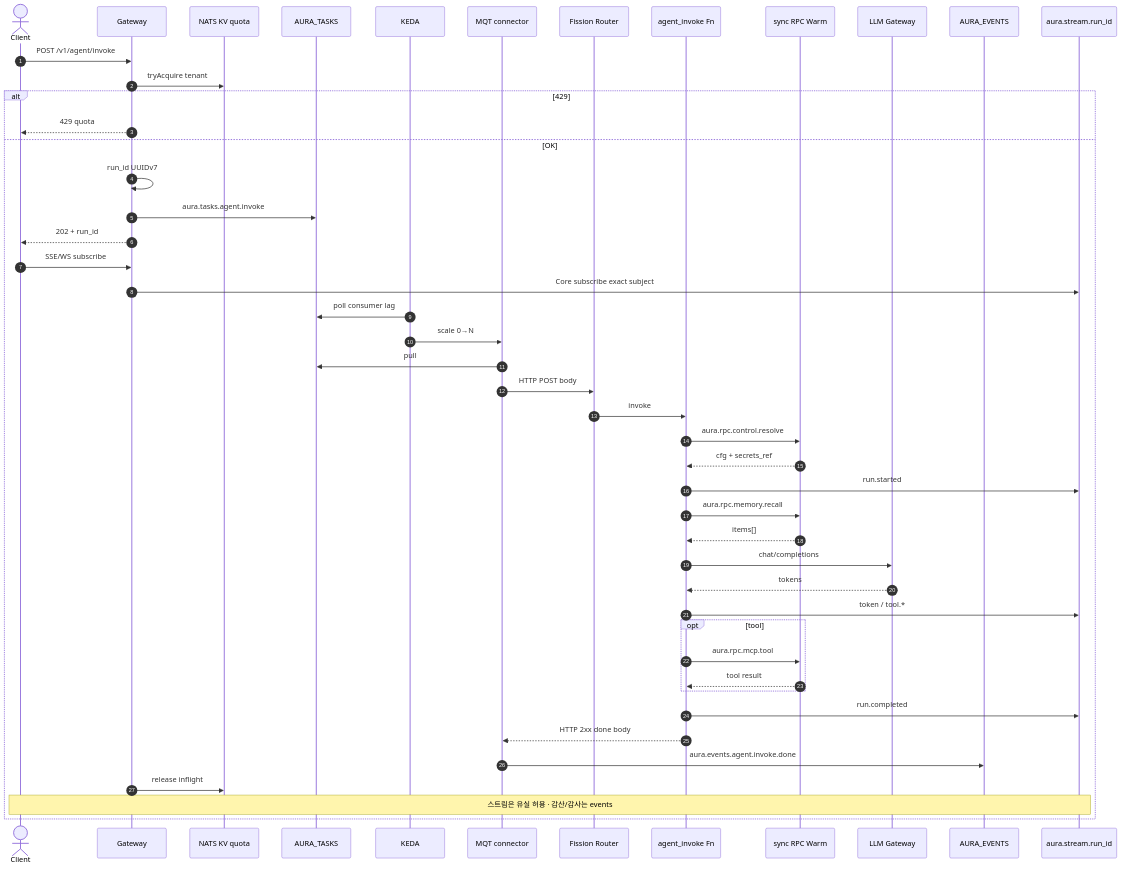
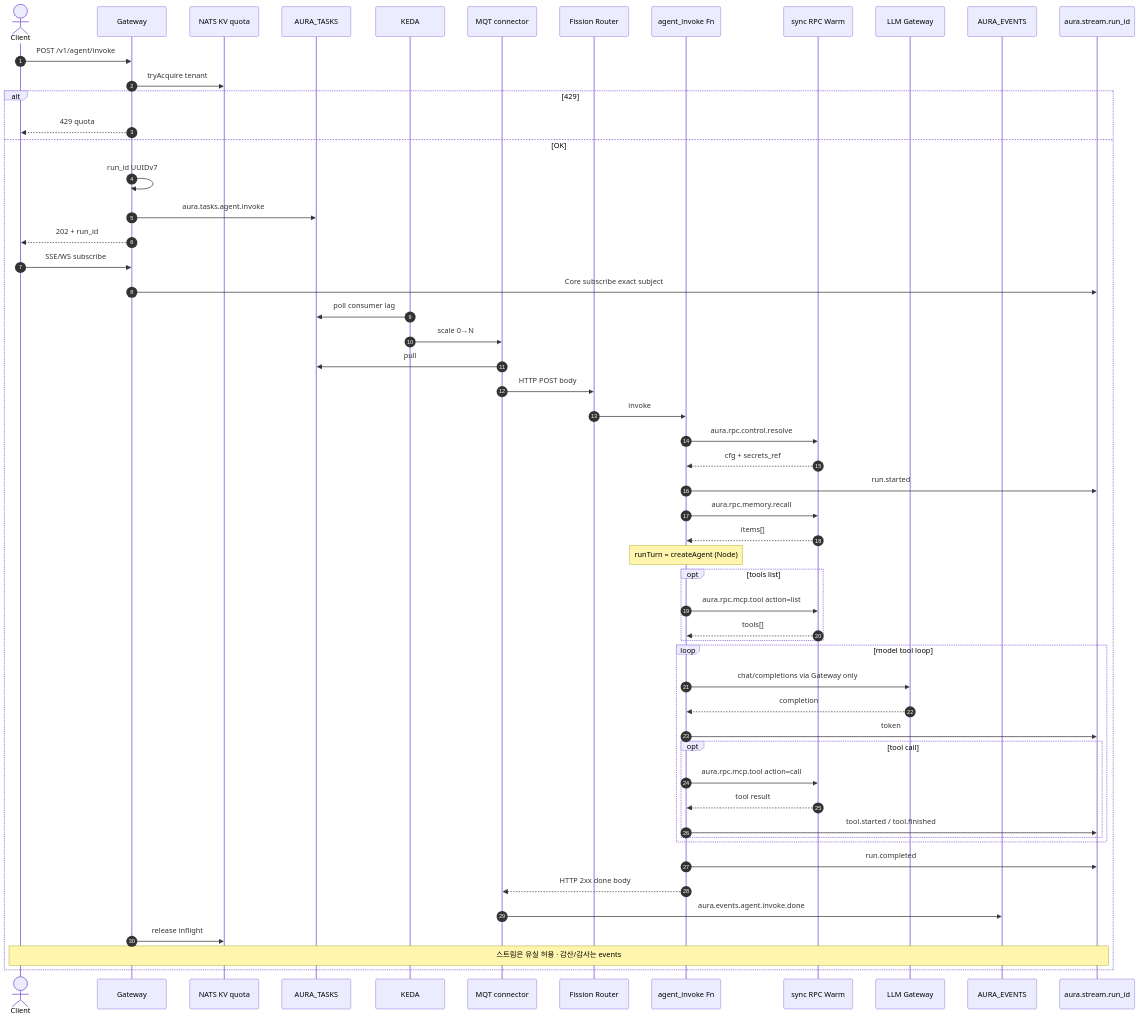
The third of 6 diagrams in MESSAGE-FLOW.md (yoosungung/aura), drawn with Mermaid before and after one commit. The commit also changed other lines of this file, not shown here.

Commit message:
Refresh MESSAGE-FLOW for createAgent turn and multi-env Function notes.

````diff
--- a/MESSAGE-FLOW.md
+++ b/MESSAGE-FLOW.md
@@ -93,52 +93,60 @@
 ```mermaid
 sequenceDiagram
   autonumber
   actor Client
   participant GW as Gateway
   participant KV as NATS KV quota
   participant JS as AURA_TASKS
   participant KEDA as KEDA
   participant Conn as MQT connector
   participant R as Fission Router
   participant AI as agent_invoke Fn
   participant RR as sync RPC Warm
   participant LLM as LLM Gateway
   participant Ev as AURA_EVENTS
   participant St as aura.stream.run_id
 
   Client->>GW: POST /v1/agent/invoke
   GW->>KV: tryAcquire tenant
   alt 429
     GW-->>Client: 429 quota
   else OK
     GW->>GW: run_id UUIDv7
     GW->>JS: aura.tasks.agent.invoke
     GW-->>Client: 202 + run_id
     Client->>GW: SSE/WS subscribe
     GW->>St: Core subscribe exact subject
 
     KEDA->>JS: poll consumer lag
     KEDA->>Conn: scale 0→N
     Conn->>JS: pull
     Conn->>R: HTTP POST body
     R->>AI: invoke
 
     AI->>RR: aura.rpc.control.resolve
     RR-->>AI: cfg + secrets_ref
     AI->>St: run.started
     AI->>RR: aura.rpc.memory.recall
     RR-->>AI: items[]
-    AI->>LLM: chat/completions
-    LLM-->>AI: tokens
-    AI->>St: token / tool.*
-    opt tool
-      AI->>RR: aura.rpc.mcp.tool
-      RR-->>AI: tool result
+    Note over AI: runTurn = createAgent (Node)
+    opt tools list
+      AI->>RR: aura.rpc.mcp.tool action=list
+      RR-->>AI: tools[]
+    end
+    loop model tool loop
+      AI->>LLM: chat/completions via Gateway only
+      LLM-->>AI: completion
+      AI->>St: token
+      opt tool call
+        AI->>RR: aura.rpc.mcp.tool action=call
+        RR-->>AI: tool result
+        AI->>St: tool.started / tool.finished
+      end
     end
     AI->>St: run.completed
     AI-->>Conn: HTTP 2xx done body
     Conn->>Ev: aura.events.agent.invoke.done
     GW->>KV: release inflight
     Note over St,Client: 스트림은 유실 허용 · 감산/감사는 events
   end
 ```
````
